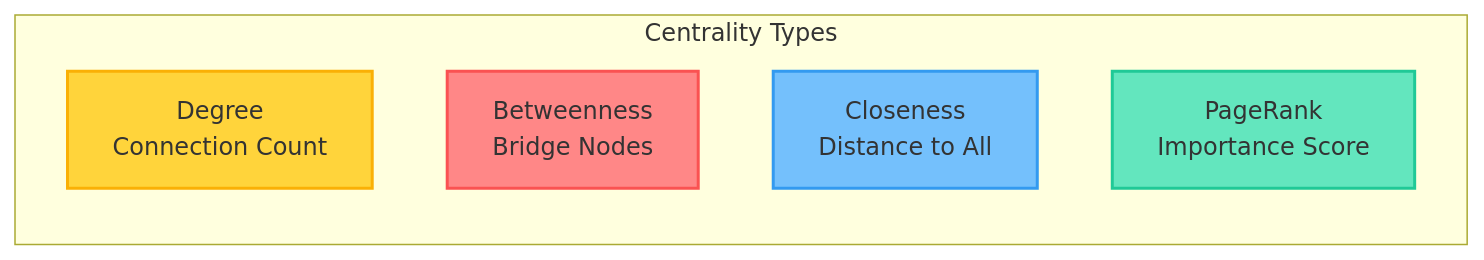
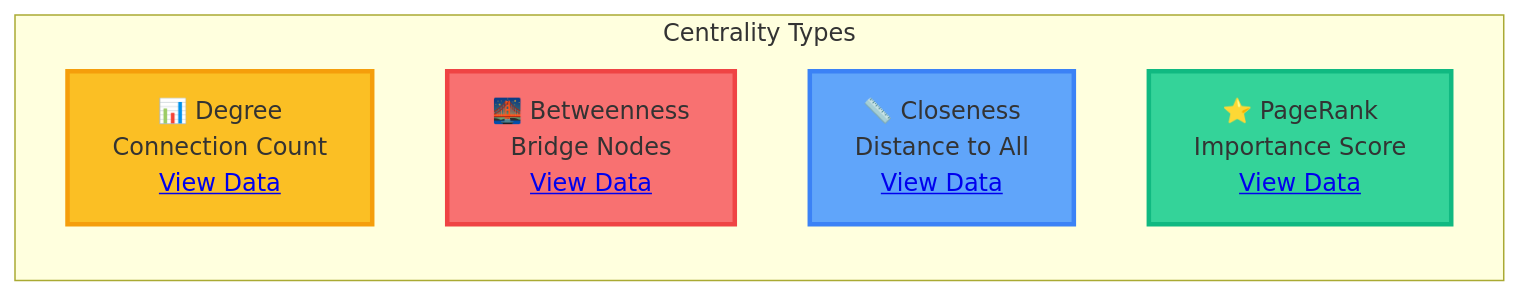
One commit to 1digitaldesign/kettler-data-analysis changed the third of 6 diagrams in data/processed/GRAPH_THEORY_ANALYSIS_SUMMARY.md. Above: the diagram before and after it, drawn with Mermaid. The commit also changed other lines of this file and 8 other files, not shown here.

First line of the commit message:
fix: Improve dark mode contrast and add interactive elements to diagrams

````diff
--- a/data/processed/GRAPH_THEORY_ANALYSIS_SUMMARY.md
+++ b/data/processed/GRAPH_THEORY_ANALYSIS_SUMMARY.md
@@ -100,14 +100,14 @@
 ```mermaid
 graph LR
     subgraph "Centrality Types"
-        DC[Degree<br/>Connection Count]
-        BC[Betweenness<br/>Bridge Nodes]
-        CC[Closeness<br/>Distance to All]
-        PR[PageRank<br/>Importance Score]
+        DC["📊 Degree<br/>Connection Count<br/><a href='data/processed/graph_theory_analysis.json#centrality'>View Data</a>"]
+        BC["🌉 Betweenness<br/>Bridge Nodes<br/><a href='data/processed/graph_theory_analysis.json#centrality'>View Data</a>"]
+        CC["📏 Closeness<br/>Distance to All<br/><a href='data/processed/graph_theory_analysis.json#centrality'>View Data</a>"]
+        PR["⭐ PageRank<br/>Importance Score<br/><a href='data/processed/graph_theory_analysis.json#centrality'>View Data</a>"]
     end
 
-    style DC fill:#ffd43b,stroke:#fab005,stroke-width:2px
-    style BC fill:#ff8787,stroke:#fa5252,stroke-width:2px
-    style CC fill:#74c0fc,stroke:#339af0,stroke-width:2px
-    style PR fill:#63e6be,stroke:#20c997,stroke-width:2px
+    style DC fill:#fbbf24,stroke:#f59e0b,stroke-width:3px
+    style BC fill:#f87171,stroke:#ef4444,stroke-width:3px
+    style CC fill:#60a5fa,stroke:#3b82f6,stroke-width:3px
+    style PR fill:#34d399,stroke:#10b981,stroke-width:3px
 ```
````
